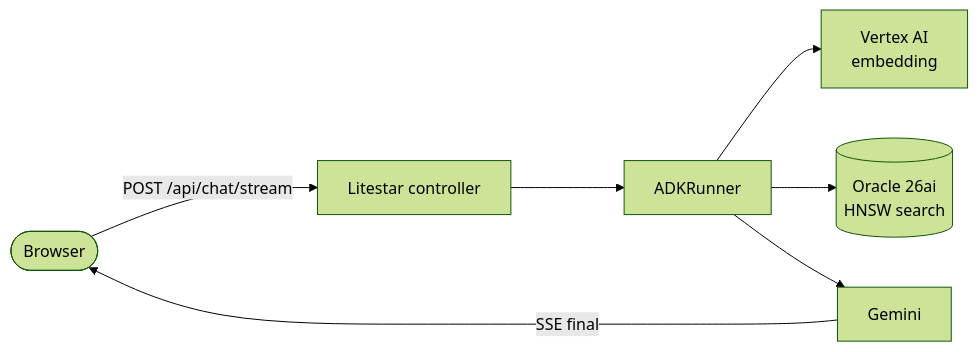
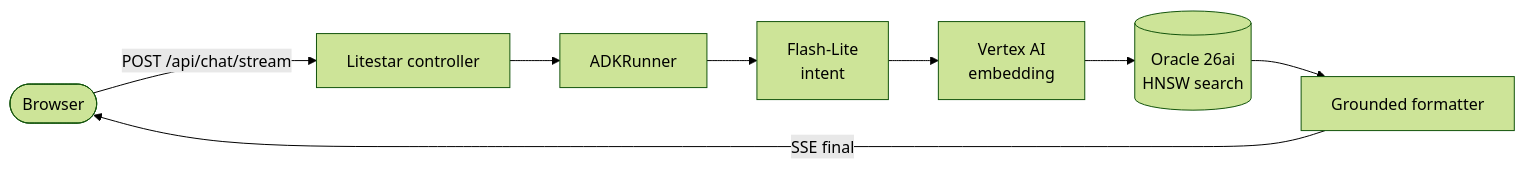
One commit to cofin/oracledb-vertexai-demo changed the first of 5 diagrams in docs/tour.md. Above: the diagram before and after it, drawn with Mermaid (forest theme). The commit also changed other lines of this file and 44 other files, not shown here.

````diff
--- a/docs/tour.md
+++ b/docs/tour.md
@@ -18,9 +27,10 @@
 ```{mermaid}
 flowchart LR
     B([Browser]) -->|POST /api/chat/stream| C[Litestar controller]
     C --> R[ADKRunner]
-    R --> V[Vertex AI<br/>embedding]
-    R --> O[(Oracle 26ai<br/>HNSW search)]
-    R --> G[Gemini]
-    G -->|SSE final| B
+    R --> I[Flash-Lite<br/>intent]
+    I --> V[Vertex AI<br/>embedding]
+    V --> O[(Oracle 26ai<br/>HNSW search)]
+    O --> F[Grounded formatter]
+    F -->|SSE final| B
 ```
````
